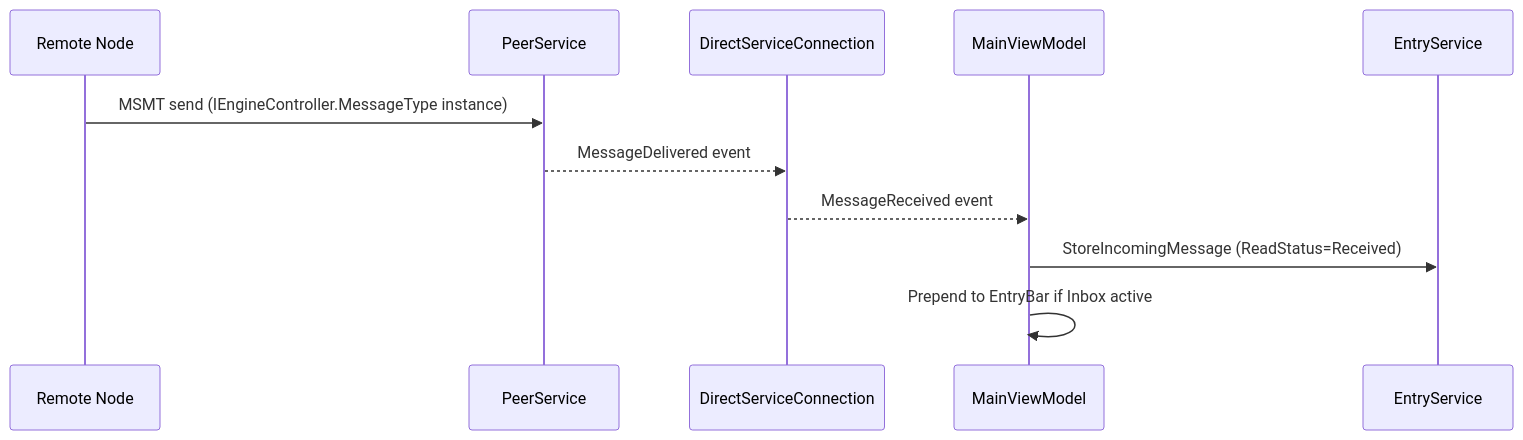
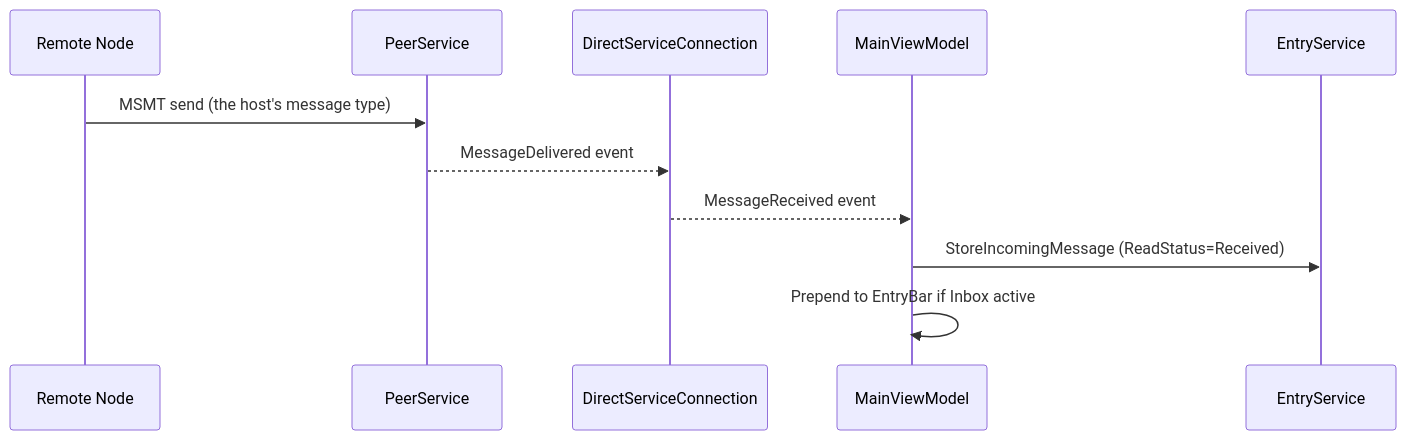
Before and after one commit to Blue-Heighliner/Comlink: the third of 5 diagrams in Docs/Architecture.md, drawn with Mermaid. The commit also changed other lines of this file and 420 other files, not shown here.

````diff
--- a/Docs/Architecture.md
+++ b/Docs/Architecture.md
@@ -83,13 +90,13 @@
 ```mermaid
 sequenceDiagram
     participant RN as Remote Node
     participant PS as PeerService
     participant DSC as DirectServiceConnection
     participant MVM as MainViewModel
     participant ES as EntryService
-    RN->>PS: MSMT send (IEngineController.MessageType instance)
+    RN->>PS: MSMT send (the host's message type)
     PS-->>DSC: MessageDelivered event
     DSC-->>MVM: MessageReceived event
     MVM->>ES: StoreIncomingMessage (ReadStatus=Received)
     MVM->>MVM: Prepend to EntryBar if Inbox active
 ```
````
